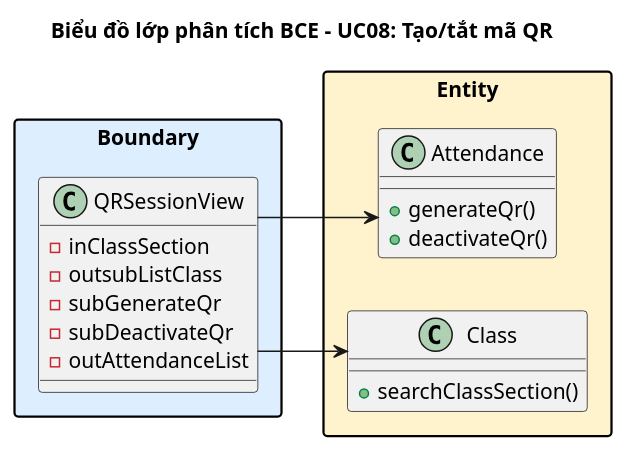
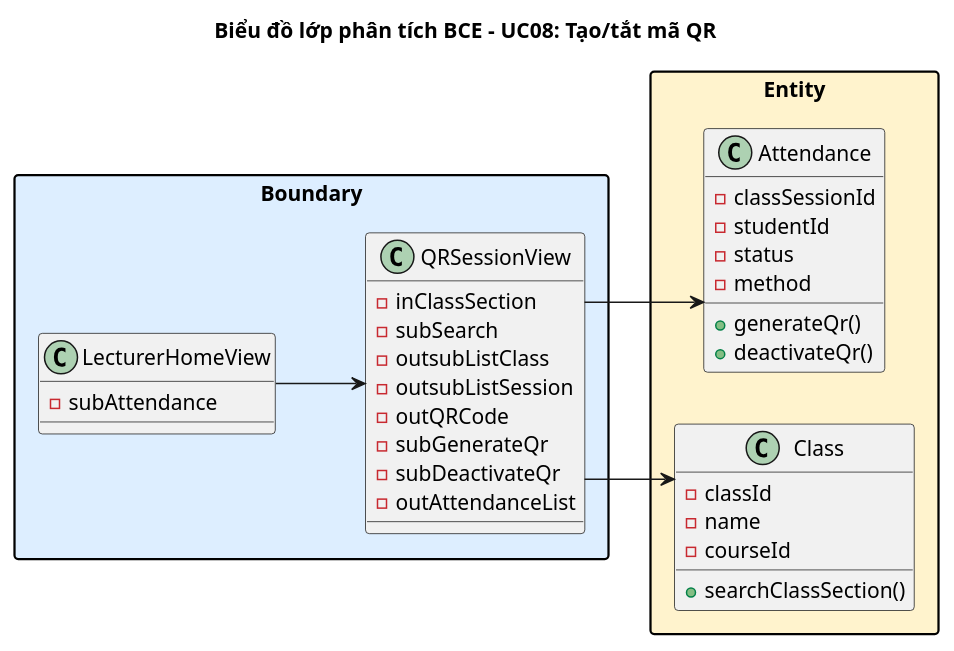
Before and after one commit to thanhtrnnn/universe: the sixth of 20 diagrams in report/md/module3_attendance_grades.md, drawn with PlantUML. The commit also changed other lines of this file and 1 other file, not shown here.

Commit message:
docs(module3): add HomeView entry points, full attribute lists, and entity attribute justification in BCE narratives

````diff
--- a/report/md/module3_attendance_grades.md
+++ b/report/md/module3_attendance_grades.md
@@ -316,31 +313,45 @@
 ```plantuml
 @startuml
 left to right direction
 skinparam linetype ortho
 skinparam packageStyle rectangle
 title Biểu đồ lớp phân tích BCE – UC08: Tạo/tắt mã QR
 
 package "Boundary" #DDEEFF {
+  class LecturerHomeView {
+    -subAttendance
+  }
   class QRSessionView {
     -inClassSection
+    -subSearch
     -outsubListClass
+    -outsubListSession
+    -outQRCode
     -subGenerateQr
     -subDeactivateQr
     -outAttendanceList
   }
 }
 
 package "Entity" #FFF3CD {
   class Attendance {
+    -classSessionId
+    -studentId
+    -status
+    -method
     +generateQr()
     +deactivateQr()
   }
   class Class {
+    -classId
+    -name
+    -courseId
     +searchClassSection()
   }
 }
 
+LecturerHomeView --> QRSessionView
 QRSessionView --> Attendance
 QRSessionView --> Class
 @enduml
 ```
````
